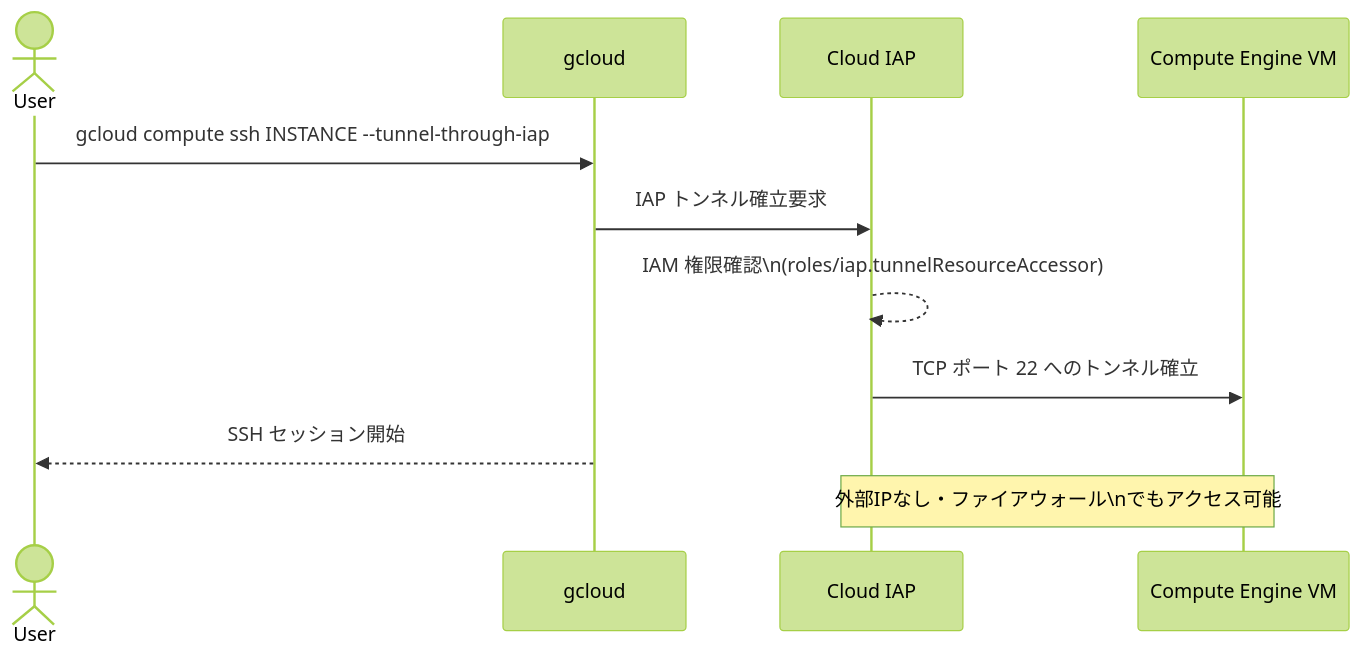
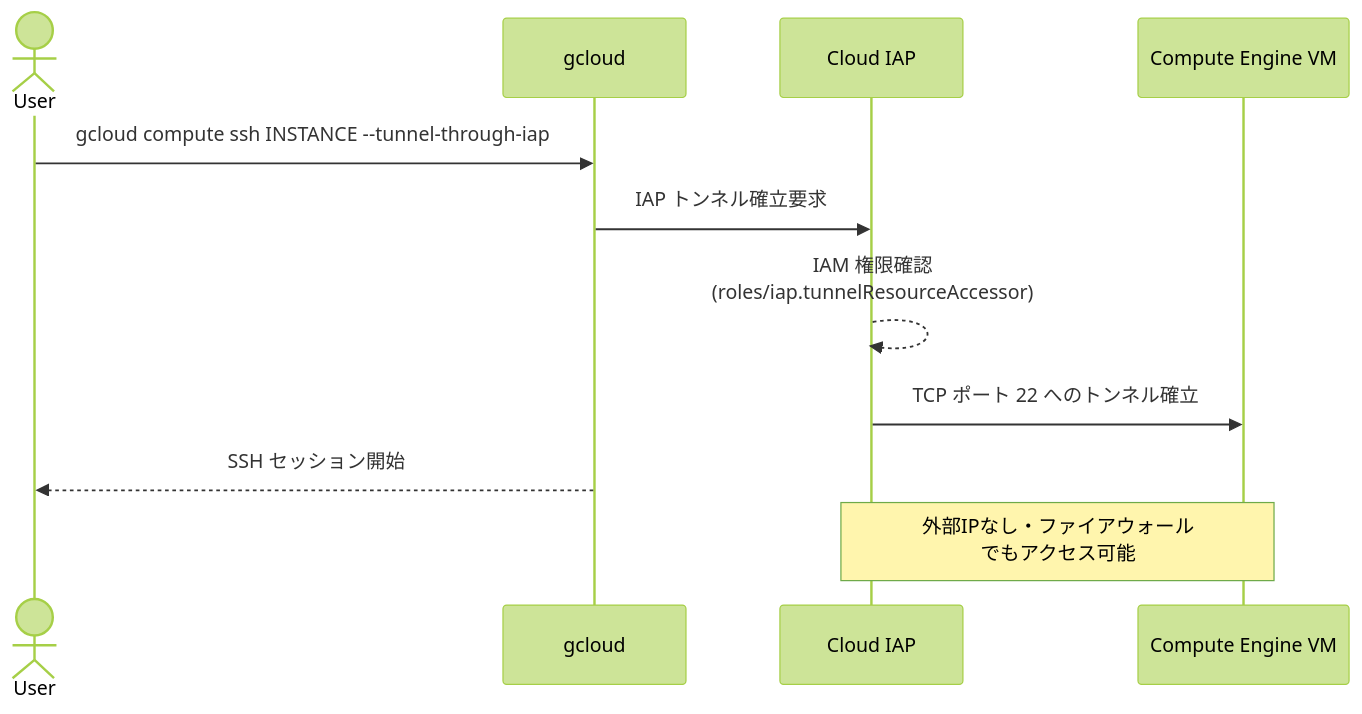
The second of 12 diagrams in Ace-section3-operation-complete-guide.md (myoshi2891/Cloud-Infrastructure-Studies), drawn with Mermaid (forest theme) before and after one commit. The commit also changed other lines of this file, not shown here.

Commit message:
fix: replace manual newlines with <br> in mermaid diagrams to resolve parsing issues

````diff
--- a/Ace-section3-operation-complete-guide.md
+++ b/Ace-section3-operation-complete-guide.md
@@ -110,14 +110,14 @@
 ```mermaid
 sequenceDiagram
     actor User
     participant gcloud
     participant IAP as Cloud IAP
     participant VM as Compute Engine VM
 
     User->>gcloud: gcloud compute ssh INSTANCE --tunnel-through-iap
     gcloud->>IAP: IAP トンネル確立要求
-    IAP-->>IAP: IAM 権限確認\n(roles/iap.tunnelResourceAccessor)
+    IAP-->>IAP: IAM 権限確認<br>(roles/iap.tunnelResourceAccessor)
     IAP->>VM: TCP ポート 22 へのトンネル確立
     gcloud-->>User: SSH セッション開始
-    Note over IAP,VM: 外部IPなし・ファイアウォール\nでもアクセス可能
+    Note over IAP,VM: 外部IPなし・ファイアウォール<br>でもアクセス可能
 ```
````
